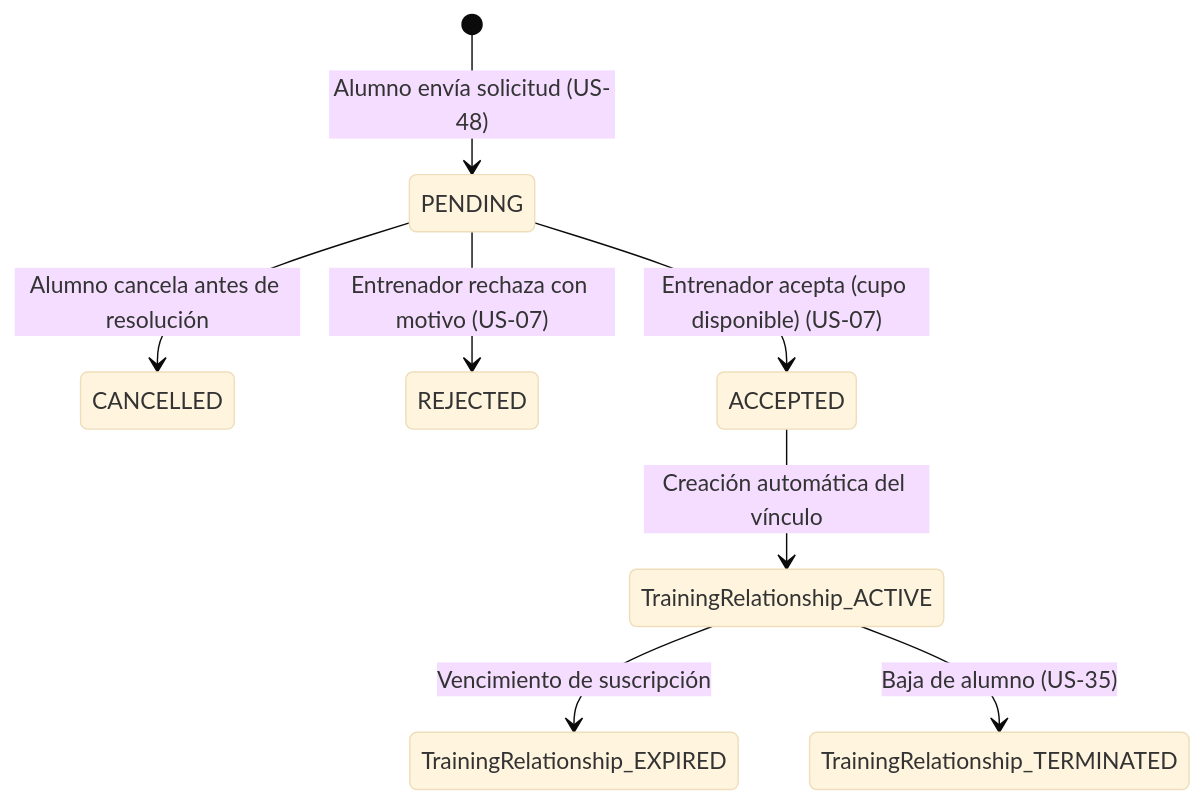
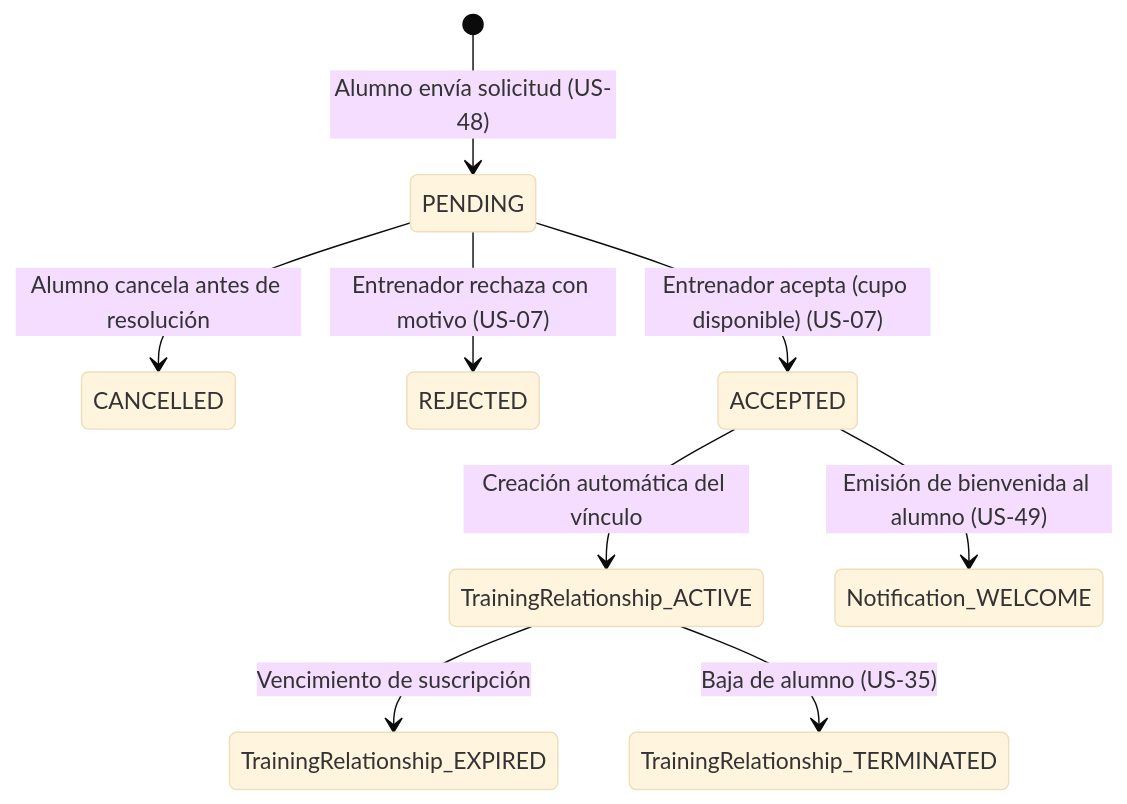
Before and after one commit to GDSI-SetToSet/TP-Set-to-Set-GDSI: the diagram in taskify/specs/004-discovery-and-matchmaking/data-model.md, drawn with Mermaid (base theme). The commit also changed other lines of this file and 3 other files, not shown here.

````diff
--- a/taskify/specs/004-discovery-and-matchmaking/data-model.md
+++ b/taskify/specs/004-discovery-and-matchmaking/data-model.md
@@ -44,10 +63,11 @@
 ```mermaid
 stateDiagram-v2
     [*] --> PENDING: Alumno envía solicitud (US-48)
     PENDING --> CANCELLED: Alumno cancela antes de resolución
     PENDING --> REJECTED: Entrenador rechaza con motivo (US-07)
     PENDING --> ACCEPTED: Entrenador acepta (cupo disponible) (US-07)
     ACCEPTED --> TrainingRelationship_ACTIVE: Creación automática del vínculo
+    ACCEPTED --> Notification_WELCOME: Emisión de bienvenida al alumno (US-49)
     TrainingRelationship_ACTIVE --> TrainingRelationship_EXPIRED: Vencimiento de suscripción
     TrainingRelationship_ACTIVE --> TrainingRelationship_TERMINATED: Baja de alumno (US-35)
 ```
````
